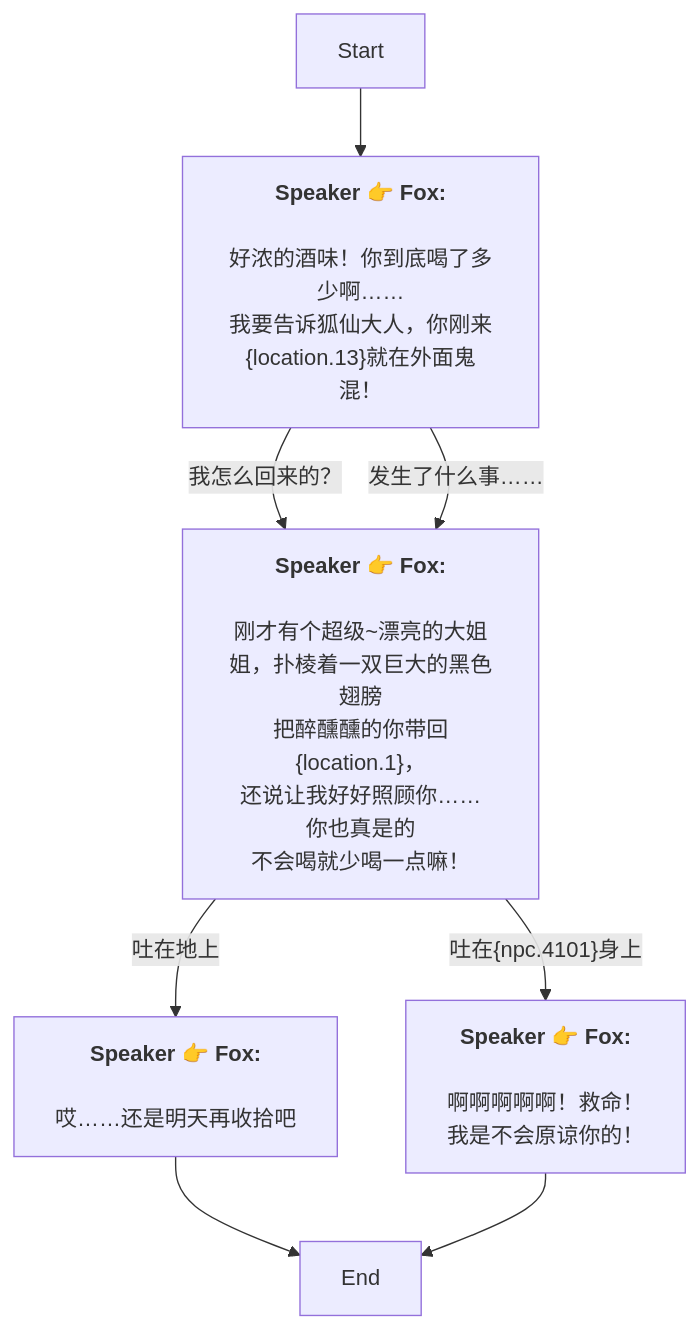
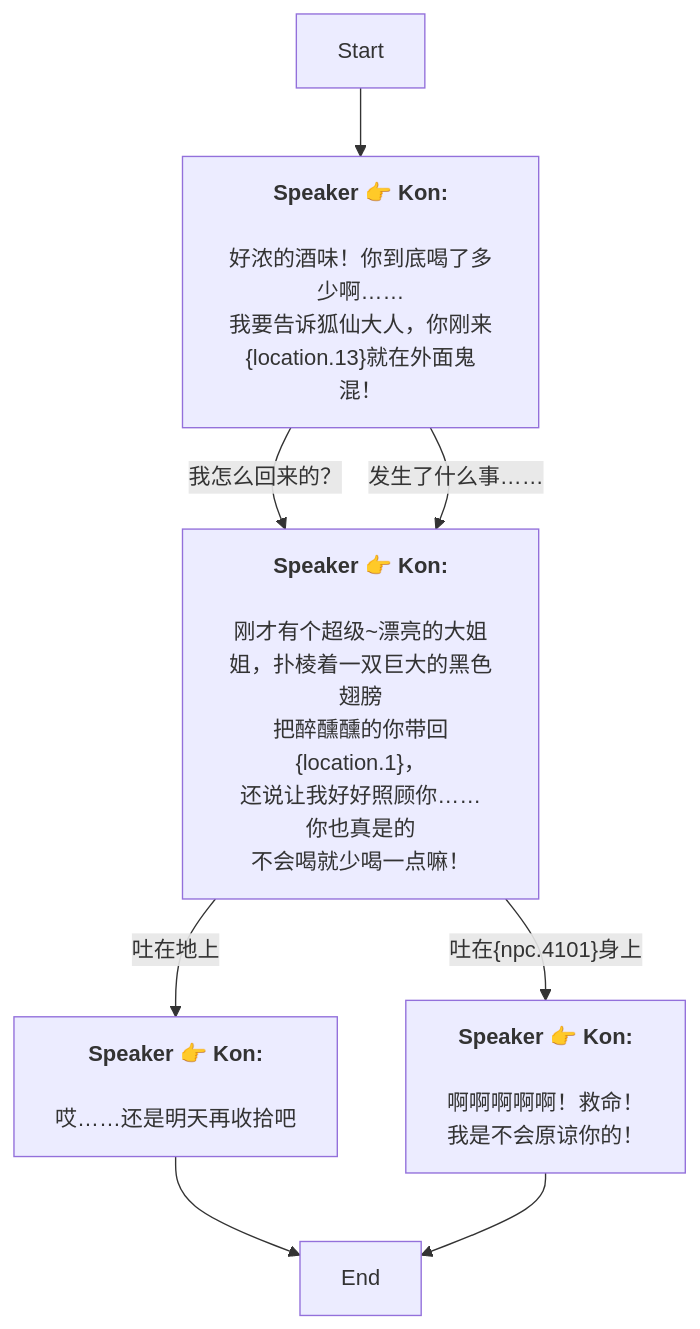
Before and after one commit to SoftHu/tos_avg: the diagram in Zh/QuestStartTalkENode_1752687021596434.md, drawn with Mermaid. The commit also changed 730 other files, not shown here.

````diff
--- a/Zh/QuestStartTalkENode_1752687021596434.md
+++ b/Zh/QuestStartTalkENode_1752687021596434.md
@@ -1,24 +1,24 @@
 ```mermaid
 graph
-Start -->1752687201954582[<b>Speaker 👉 Fox:</b>
+Start -->1752687201954582[<b>Speaker 👉 Kon:</b>
 \n好浓的酒味！你到底喝了多少啊……
 我要告诉狐仙大人，你刚来&lbrace;location.13&rbrace;就在外面鬼混！]
-1752687201954582 -->|我怎么回来的？|1752687277469468[<b>Speaker 👉 Fox:</b>
+1752687201954582 -->|我怎么回来的？|1752687277469468[<b>Speaker 👉 Kon:</b>
 \n刚才有个超级~漂亮的大姐姐，扑棱着一双巨大的黑色翅膀
 把醉醺醺的你带回&lbrace;location.1&rbrace;，
 还说让我好好照顾你……\n你也真是的
 不会喝就少喝一点嘛！]
-1752687201954582 -->|发生了什么事……|1752687277469468[<b>Speaker 👉 Fox:</b>
+1752687201954582 -->|发生了什么事……|1752687277469468[<b>Speaker 👉 Kon:</b>
 \n刚才有个超级~漂亮的大姐姐，扑棱着一双巨大的黑色翅膀
 把醉醺醺的你带回&lbrace;location.1&rbrace;，
 还说让我好好照顾你……\n你也真是的
 不会喝就少喝一点嘛！]
-1752687277469468 -->|吐在&lbrace;npc.4101&rbrace;身上|1752687530644259[<b>Speaker 👉 Fox:</b>
+1752687277469468 -->|吐在地上|1752687518832418[<b>Speaker 👉 Kon:</b>
+\n哎……还是明天再收拾吧]
+1752687277469468 -->|吐在&lbrace;npc.4101&rbrace;身上|1752687530644259[<b>Speaker 👉 Kon:</b>
 \n啊啊啊啊啊！救命！
 我是不会原谅你的！]
-1752687277469468 -->|吐在地上|1752687518832418[<b>Speaker 👉 Fox:</b>
-\n哎……还是明天再收拾吧]
 1752687518832418 -->1752687575909156[End]
 1752687530644259 -->1752687575909156[End]
 
 ```
````
